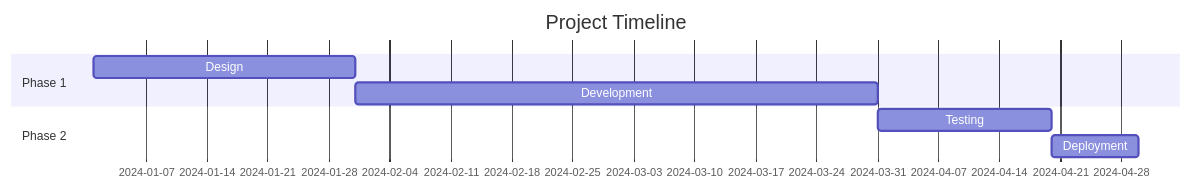
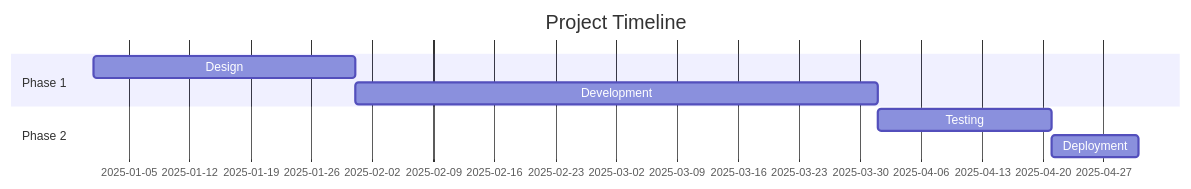
Before and after one commit to mikkihugo/tree-sitter-mermaid: the fifth of 11 diagrams in README.md, drawn with Mermaid. The commit also changed other lines of this file and 12 other files, not shown here.

````diff
--- a/README.md
+++ b/README.md
@@ -121,11 +121,11 @@
 ```mermaid
 gantt
     title Project Timeline
     dateFormat  YYYY-MM-DD
     section Phase 1
-    Design           :a1, 2024-01-01, 30d
+    Design           :a1, 2025-01-01, 30d
     Development      :a2, after a1, 60d
     section Phase 2
     Testing          :a3, after a2, 20d
     Deployment       :a4, after a3, 10d
 ```
````
